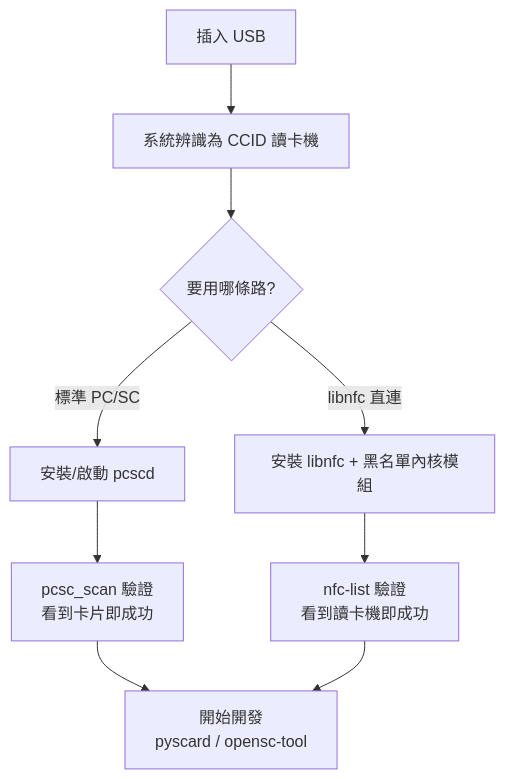
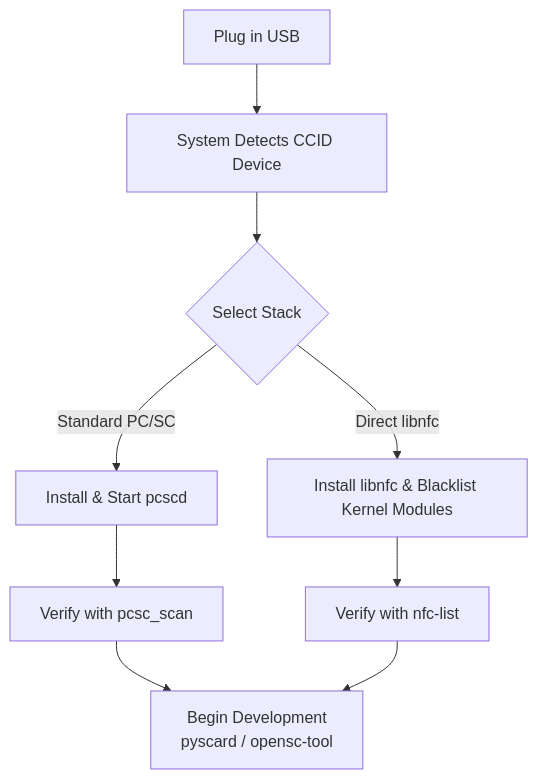
One commit to yopitek/yupitek-wiki changed the diagram in docs/05-acs/products/acr122u/index.md. Above: the diagram before and after it, drawn with Mermaid. The commit also changed other lines of this file and 60 other files, not shown here.

````diff
--- a/docs/05-acs/products/acr122u/index.md
+++ b/docs/05-acs/products/acr122u/index.md
@@ -69,11 +69,11 @@
 ```mermaid
 flowchart TD
-    A[插入 USB] --> B[系統辨識為 CCID 讀卡機]
-    B --> C{要用哪條路?}
-    C -->|標準 PC/SC| D[安裝/啟動 pcscd]
-    C -->|libnfc 直連| E[安裝 libnfc + 黑名單內核模組]
-    D --> F[pcsc_scan 驗證<br/>看到卡片即成功]
-    E --> G[nfc-list 驗證<br/>看到讀卡機即成功]
-    F --> H[開始開發<br/>pyscard / opensc-tool]
+    A[Plug in USB] --> B[System Detects CCID Device]
+    B --> C{Select Stack}
+    C -->|Standard PC/SC| D[Install & Start pcscd]
+    C -->|Direct libnfc| E[Install libnfc & Blacklist Kernel Modules]
+    D --> F[Verify with pcsc_scan]
+    E --> G[Verify with nfc-list]
+    F --> H[Begin Development<br/>pyscard / opensc-tool]
     G --> H
 ```
````
